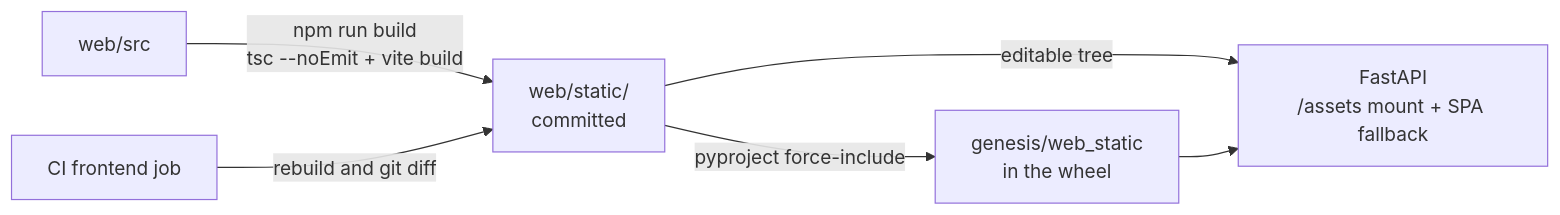
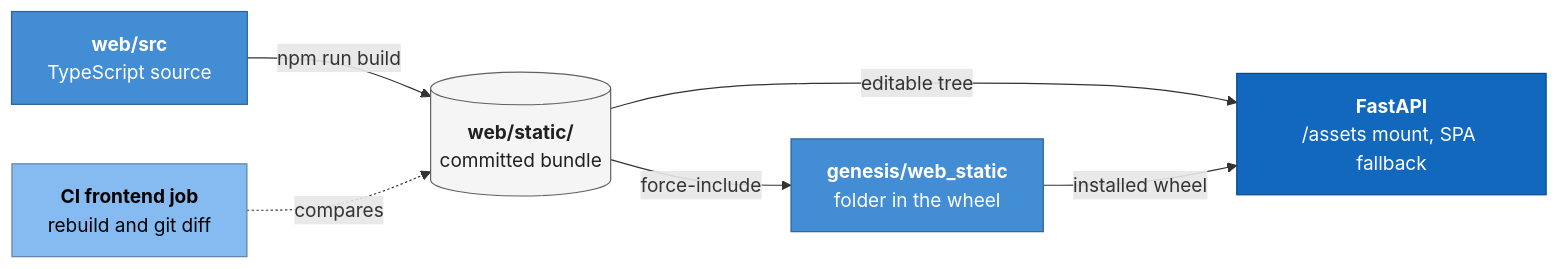
Before and after one commit to ram-020998/project-tracker: the third of 3 diagrams in genesis/architecture/modules/web-app.md, drawn with Mermaid. The commit also changed other lines of this file and 24 other files, not shown here.

First line of the commit message:
architecture: rewrite all 86 Mermaid diagrams to one C4 style, each render-checked

````diff
--- a/genesis/architecture/modules/web-app.md
+++ b/genesis/architecture/modules/web-app.md
@@ -481,8 +472,20 @@
 ```mermaid
 flowchart LR
-    src["web/src"] -->|"npm run build<br/>tsc --noEmit + vite build"| static["web/static/<br/>committed"]
-    static -->|"pyproject force-include"| pkg["genesis/web_static<br/>in the wheel"]
-    static -->|"editable tree"| serve
-    pkg --> serve["FastAPI<br/>/assets mount + SPA fallback"]
-    ci["CI frontend job"] -->|"rebuild and git diff"| static
+    src["<b>web/src</b><br/>TypeScript source"]:::comp
+    static[("<b>web/static/</b><br/>committed bundle")]:::data
+    pkg["<b>genesis/web_static</b><br/>folder in the wheel"]:::comp
+    serve["<b>FastAPI</b><br/>/assets mount, SPA fallback"]:::core
+    ci["<b>CI frontend job</b><br/>rebuild and git diff"]:::proc
+    src -- "npm run build" --> static
+    static -- "force-include" --> pkg
+    static -- "editable tree" --> serve
+    pkg -- "installed wheel" --> serve
+    ci -. "compares" .-> static
+    classDef person fill:#08427b,stroke:#052e56,color:#ffffff
+    classDef core fill:#1168bd,stroke:#0b4884,color:#ffffff
+    classDef comp fill:#438dd5,stroke:#2e6295,color:#ffffff
+    classDef proc fill:#85bbf0,stroke:#5d82a8,color:#000000
+    classDef ext fill:#999999,stroke:#6b6b6b,color:#ffffff
+    classDef data fill:#f5f5f5,stroke:#616161,color:#212121
+    classDef note fill:#fff8e1,stroke:#f9a825,color:#5d4037
 ```
````
